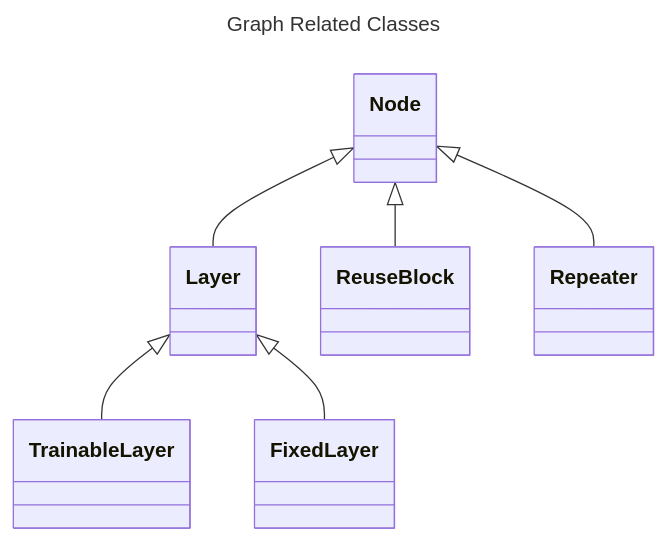
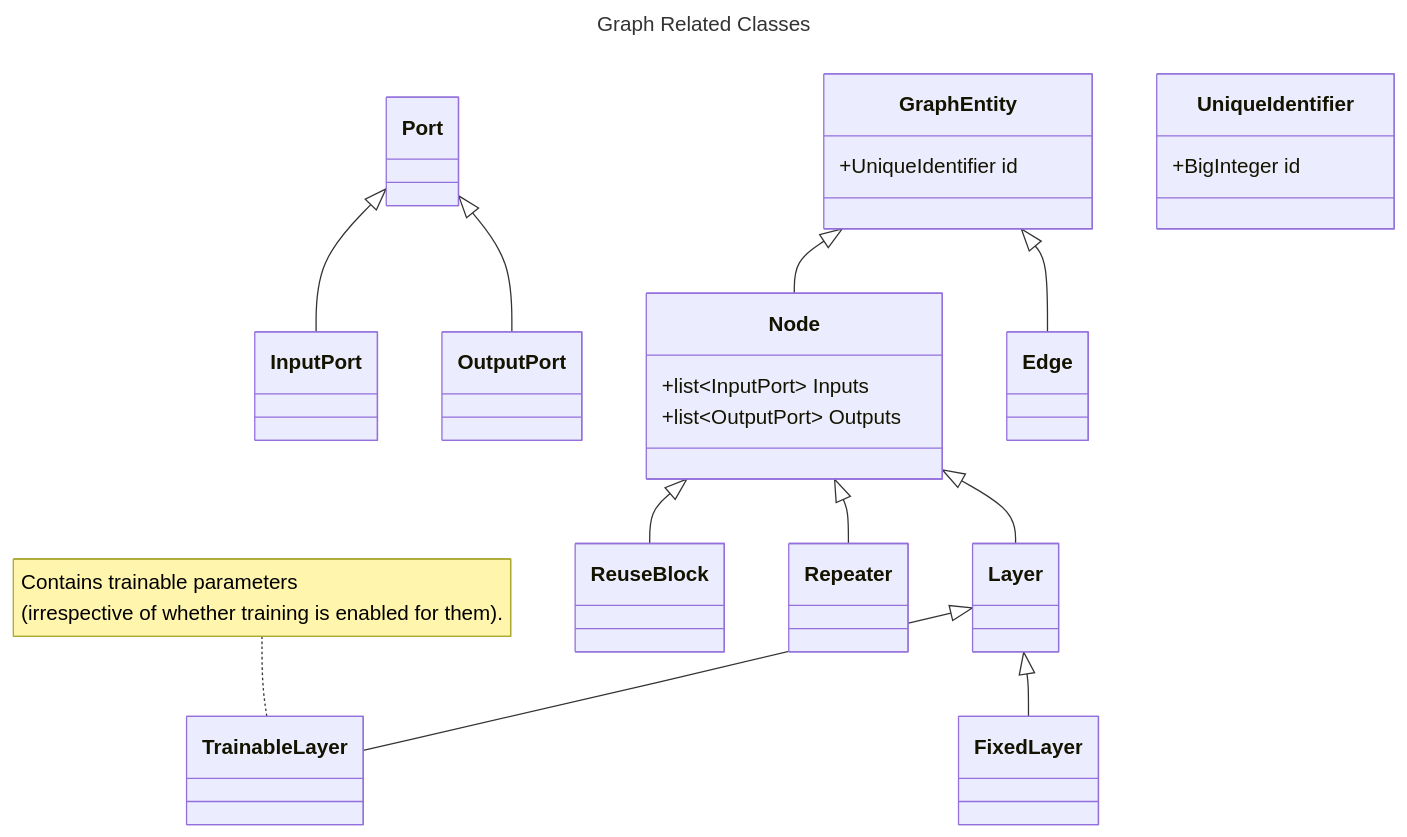
Before and after one commit to rohan843/dnncase: the diagram in Suggested Class Structure for Graph.md, drawn with Mermaid.

Commit message:
Update Suggested Class Structure for Graph.md

````diff
--- a/Suggested Class Structure for Graph.md
+++ b/Suggested Class Structure for Graph.md
@@ -1,11 +1,38 @@
 ```mermaid
 ---
 title: Graph Related Classes
 ---
 classDiagram
+    Port <|-- InputPort
+    Port <|-- OutputPort
+
+    GraphEntity <|-- Node
+    GraphEntity <|-- Edge
     Node <|-- Layer
     Node <|-- ReuseBlock
     Node <|-- Repeater
     Layer <|-- TrainableLayer
     Layer <|-- FixedLayer
+    note for TrainableLayer "Contains trainable parameters <br>(irrespective of whether training is enabled for them)."
+
+    class UniqueIdentifier{
+        +BigInteger id
+    }
+    class Port{
+
+    }
+    class InputPort{
+
+    }
+    class OutputPort{
+
+    }
+
+    class GraphEntity{
+        +UniqueIdentifier id
+    }
+    class Node{
+        +list~InputPort~ Inputs
+        +list~OutputPort~ Outputs
+    }
 ```
````
